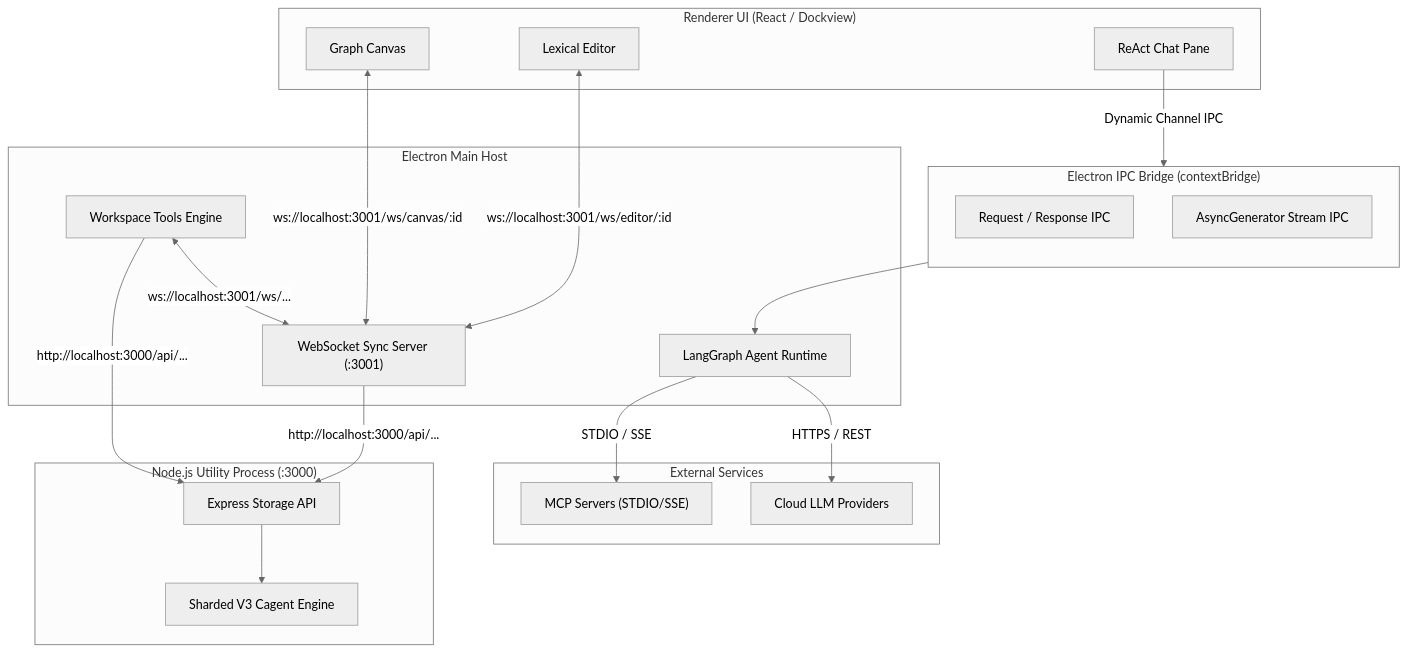
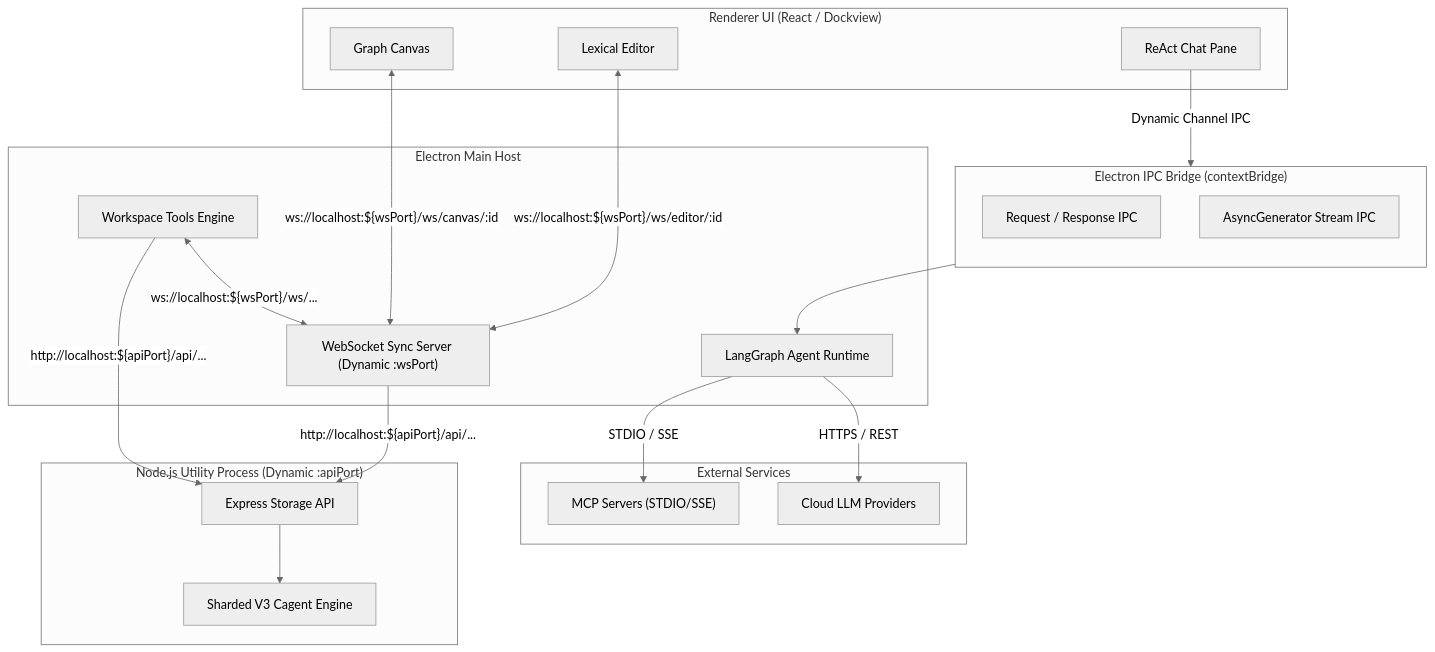
One commit to Goldwaterfung/Collaragent changed the first of 3 diagrams in docs/design-catalog/api-requirements.md. Above: the diagram before and after it, drawn with Mermaid (neutral theme). The commit also changed other lines of this file and 1 other file, not shown here.

Commit message:
Update api document

````diff
--- a/docs/design-catalog/api-requirements.md
+++ b/docs/design-catalog/api-requirements.md
@@ -11,42 +11,42 @@
 ```mermaid
 flowchart TB
     subgraph UI ["Renderer UI (React / Dockview)"]
         CanvasUI["Graph Canvas"]
         EditorUI["Lexical Editor"]
         ChatUI["ReAct Chat Pane"]
     end
 
     subgraph IPCBridge ["Electron IPC Bridge (contextBridge)"]
         direction TB
         IPCRequest["Request / Response IPC"]
         IPCStream["AsyncGenerator Stream IPC"]
     end
 
     subgraph MainHost ["Electron Main Host"]
         AgentRuntime["LangGraph Agent Runtime"]
         WorkspaceTools["Workspace Tools Engine"]
-        WSServer["WebSocket Sync Server (:3001)"]
+        WSServer["WebSocket Sync Server (Dynamic :wsPort)"]
     end
 
-    subgraph UtilityProcess ["Node.js Utility Process (:3000)"]
+    subgraph UtilityProcess ["Node.js Utility Process (Dynamic :apiPort)"]
         RESTServer["Express Storage API"]
         StorageEngine["Sharded V3 Cagent Engine"]
     end
 
     subgraph External ["External Services"]
         LLM["Cloud LLM Providers"]
         MCP["MCP Servers (STDIO/SSE)"]
     end
 
     %% Wiring
     ChatUI -->|"Dynamic Channel IPC"| IPCStream
     IPCStream --> AgentRuntime
-    CanvasUI <-->|"ws://localhost:3001/ws/canvas/:id"| WSServer
-    EditorUI <-->|"ws://localhost:3001/ws/editor/:id"| WSServer
-    WorkspaceTools <-->|"ws://localhost:3001/ws/..."| WSServer
-    WorkspaceTools -->|"http://localhost:3000/api/..."| RESTServer
-    WSServer -->|"http://localhost:3000/api/..."| RESTServer
+    CanvasUI <-->|"ws://localhost:${wsPort}/ws/canvas/:id"| WSServer
+    EditorUI <-->|"ws://localhost:${wsPort}/ws/editor/:id"| WSServer
+    WorkspaceTools <-->|"ws://localhost:${wsPort}/ws/..."| WSServer
+    WorkspaceTools -->|"http://localhost:${apiPort}/api/..."| RESTServer
+    WSServer -->|"http://localhost:${apiPort}/api/..."| RESTServer
     RESTServer --> StorageEngine
     AgentRuntime -->|"HTTPS / REST"| LLM
     AgentRuntime -->|"STDIO / SSE"| MCP
 ```
````
